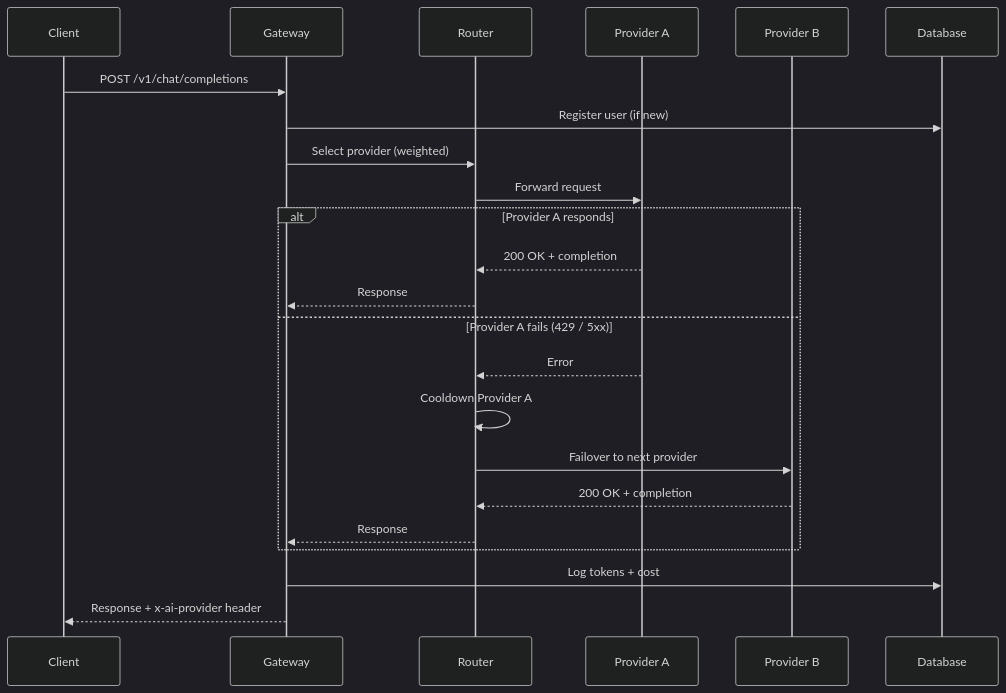
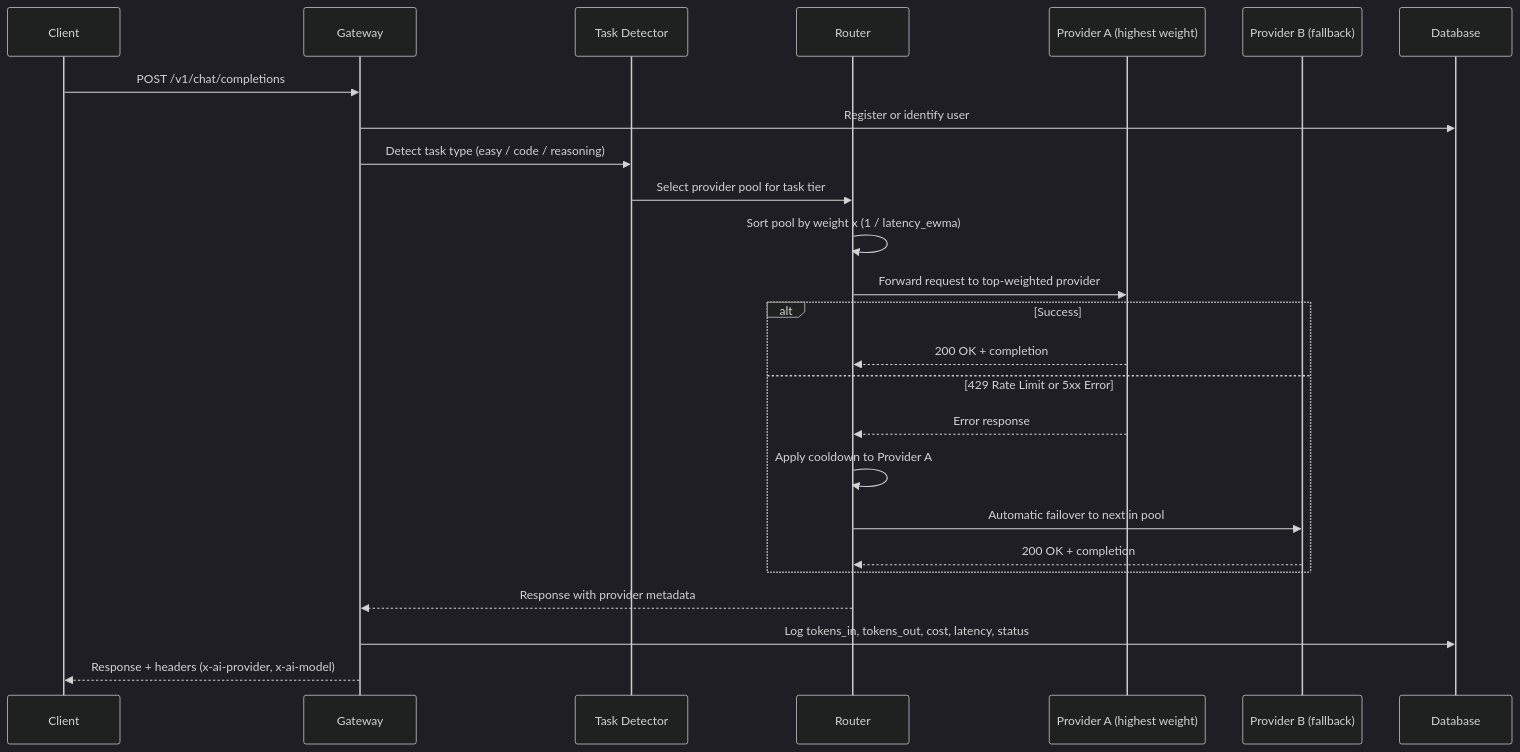
The second of 5 diagrams in README.md (nleins5/free-ai-gateway), drawn with Mermaid (dark theme) before and after one commit. The commit also changed other lines of this file, not shown here.

````diff
--- a/README.md
+++ b/README.md
@@ -65,26 +93,28 @@
 ```mermaid
 sequenceDiagram
     participant C as Client
     participant G as Gateway
+    participant TD as Task Detector
     participant R as Router
-    participant P1 as Provider A
-    participant P2 as Provider B
+    participant P1 as Provider A (highest weight)
+    participant P2 as Provider B (fallback)
     participant DB as Database
 
     C->>G: POST /v1/chat/completions
-    G->>DB: Register user (if new)
-    G->>R: Select provider (weighted)
-    R->>P1: Forward request
-    alt Provider A responds
+    G->>DB: Register or identify user
+    G->>TD: Detect task type (easy / code / reasoning)
+    TD->>R: Select provider pool for task tier
+    R->>R: Sort pool by weight x (1 / latency_ewma)
+    R->>P1: Forward request to top-weighted provider
+    alt Success
         P1-->>R: 200 OK + completion
-        R-->>G: Response
-    else Provider A fails (429 / 5xx)
-        P1-->>R: Error
-        R->>R: Cooldown Provider A
-        R->>P2: Failover to next provider
+    else 429 Rate Limit or 5xx Error
+        P1-->>R: Error response
+        R->>R: Apply cooldown to Provider A
+        R->>P2: Automatic failover to next in pool
         P2-->>R: 200 OK + completion
-        R-->>G: Response
     end
-    G->>DB: Log tokens + cost
-    G-->>C: Response + x-ai-provider header
+    R-->>G: Response with provider metadata
+    G->>DB: Log tokens_in, tokens_out, cost, latency, status
+    G-->>C: Response + headers (x-ai-provider, x-ai-model)
 ```
````
